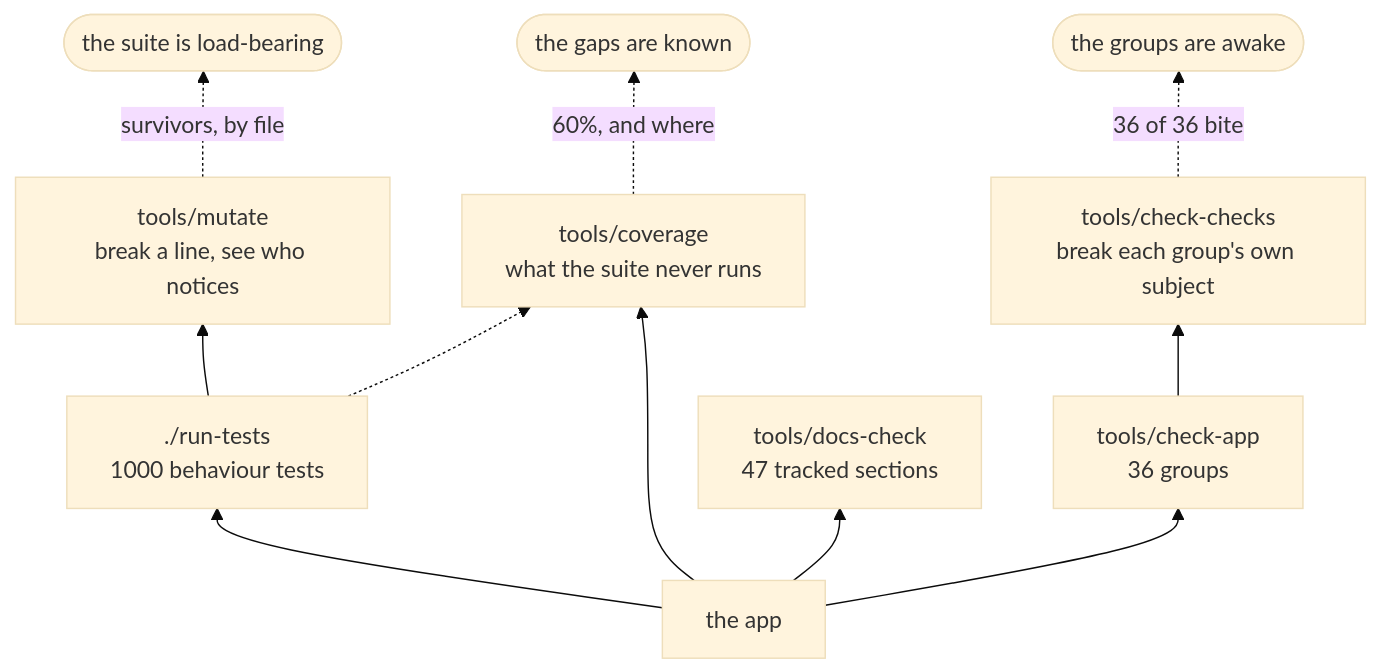
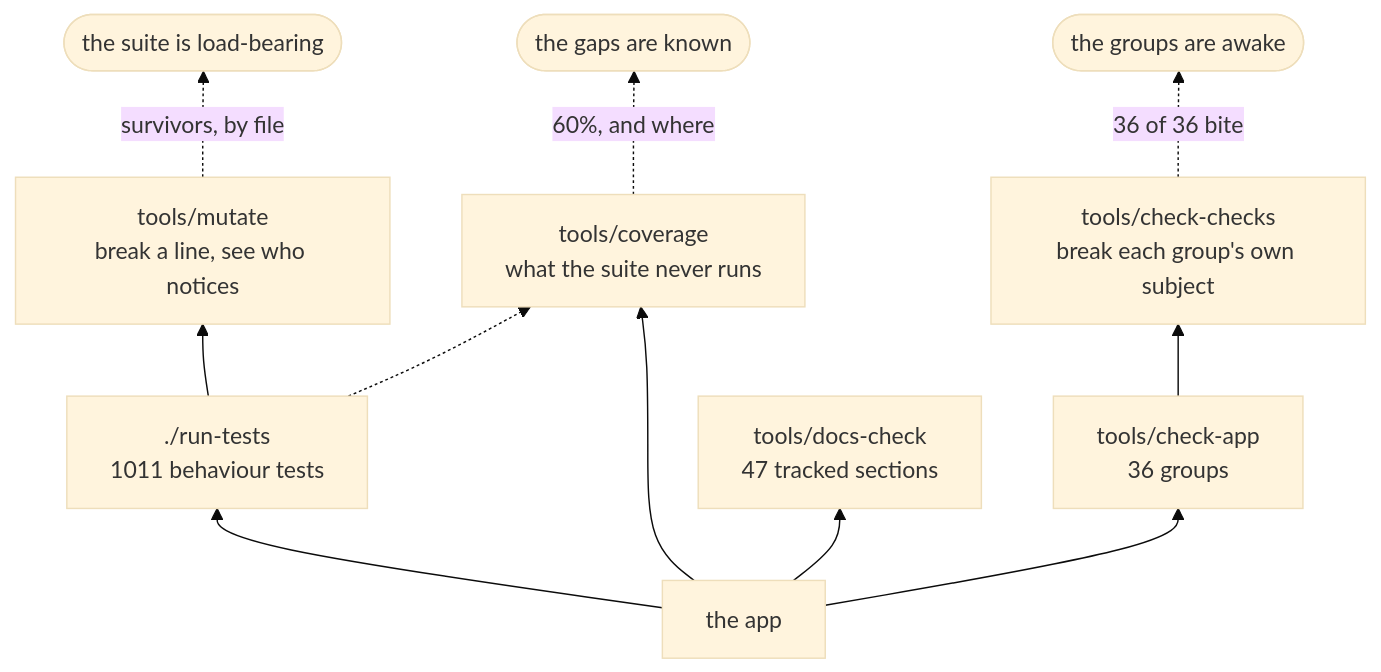
Before and after one commit to minormending/crystal-pilot-mobile: the second of 3 diagrams in docs/DEVELOPING.md, drawn with Mermaid (base theme). The commit also changed other lines of this file and 3 other files, not shown here.

````diff
--- a/docs/DEVELOPING.md
+++ b/docs/DEVELOPING.md
@@ -156,13 +156,13 @@
 ```mermaid
 flowchart BT
-    C["the app"] --> T["./run-tests<br/>1000 behaviour tests"]
+    C["the app"] --> T["./run-tests<br/>1011 behaviour tests"]
     C --> A["tools/check-app<br/>36 groups"]
     C --> D["tools/docs-check<br/>47 tracked sections"]
     C --> V["tools/coverage<br/>what the suite never runs"]
     T --> M["tools/mutate<br/>break a line, see who notices"]
     A --> K["tools/check-checks<br/>break each group's own subject"]
     T -.-> V
     M -.->|"survivors, by file"| R(["the suite is load-bearing"])
     K -.->|"36 of 36 bite"| R2(["the groups are awake"])
     V -.->|"60%, and where"| R3(["the gaps are known"])
 ```
````
